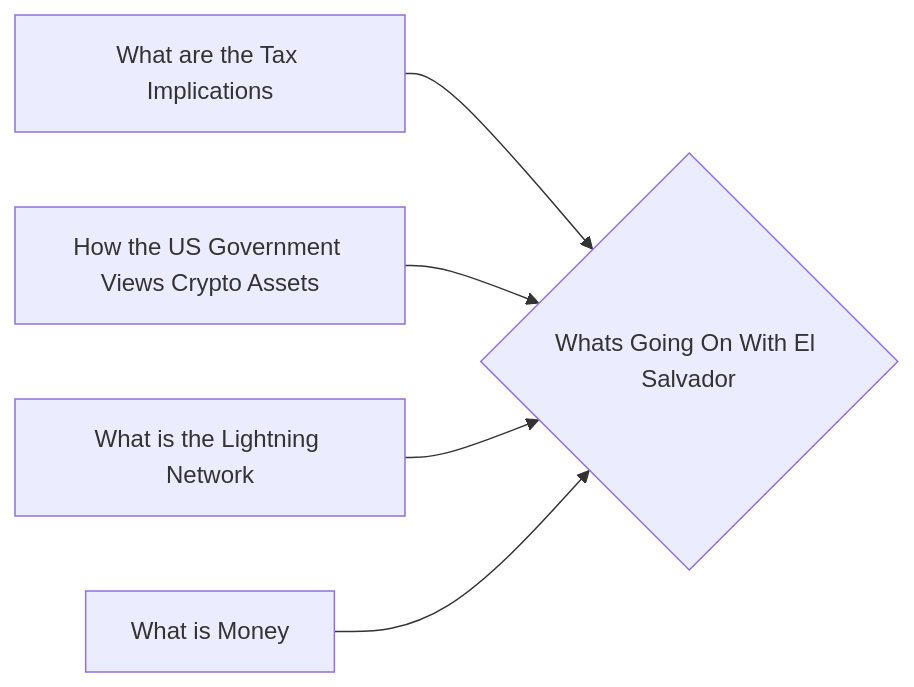
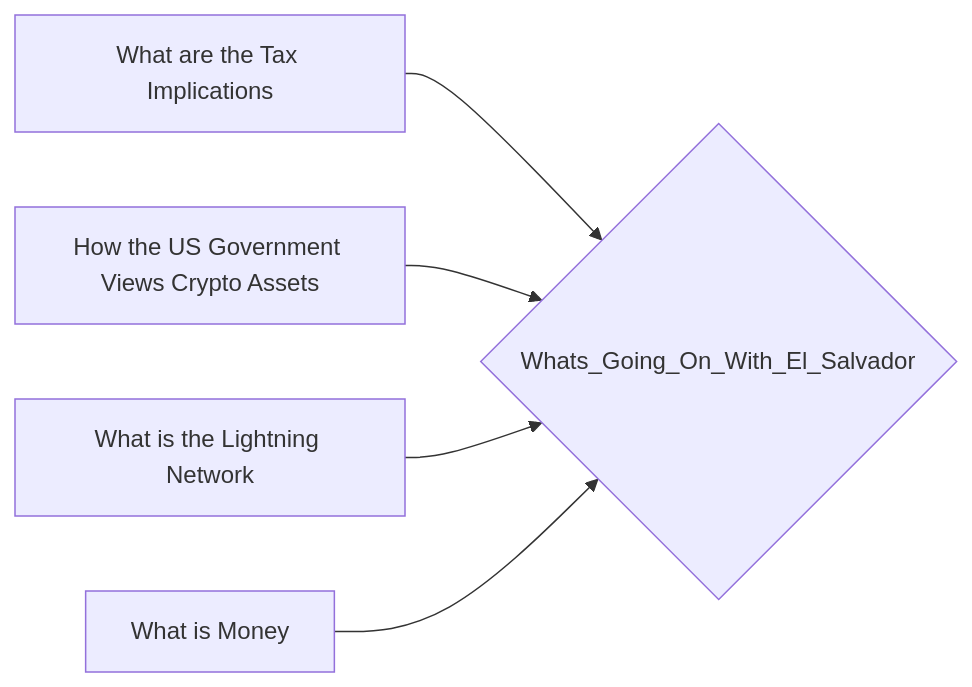
Before and after one commit to lpurdy01/crypto-knowledge-map: the diagram in notes/Whats_Going_On_With_El_Salvador.md, drawn with Mermaid. The commit also changed 161 other files, not shown here.

````diff
--- a/notes/Whats_Going_On_With_El_Salvador.md
+++ b/notes/Whats_Going_On_With_El_Salvador.md
@@ -15,7 +15,7 @@
 ```mermaid
 graph LR
-1["What are the Tax Implications"]-->0{"Whats Going On With El Salvador"}
-2["How the US Government Views Crypto Assets"]-->0{"Whats Going On With El Salvador"}
-3["What is the Lightning Network"]-->0{"Whats Going On With El Salvador"}
-4["What is Money"]-->0{"Whats Going On With El Salvador"}
+1["What are the Tax Implications"]-->0{"Whats_Going_On_With_El_Salvador"}
+2["How the US Government Views Crypto Assets"]-->0{"Whats_Going_On_With_El_Salvador"}
+3["What is the Lightning Network"]-->0{"Whats_Going_On_With_El_Salvador"}
+4["What is Money"]-->0{"Whats_Going_On_With_El_Salvador"}
 ```
````
